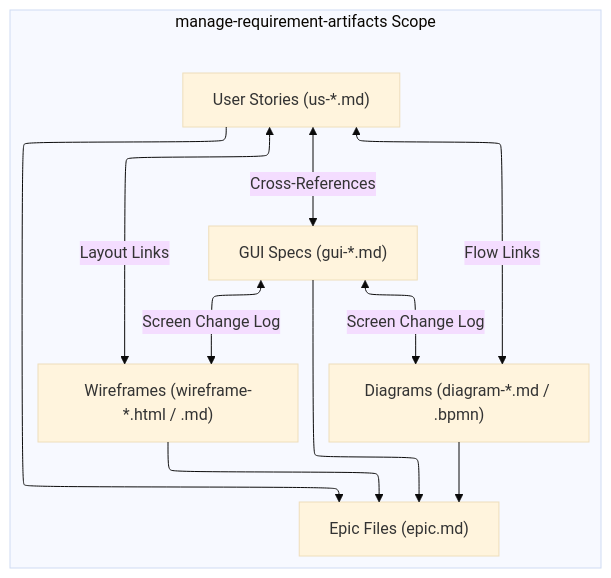
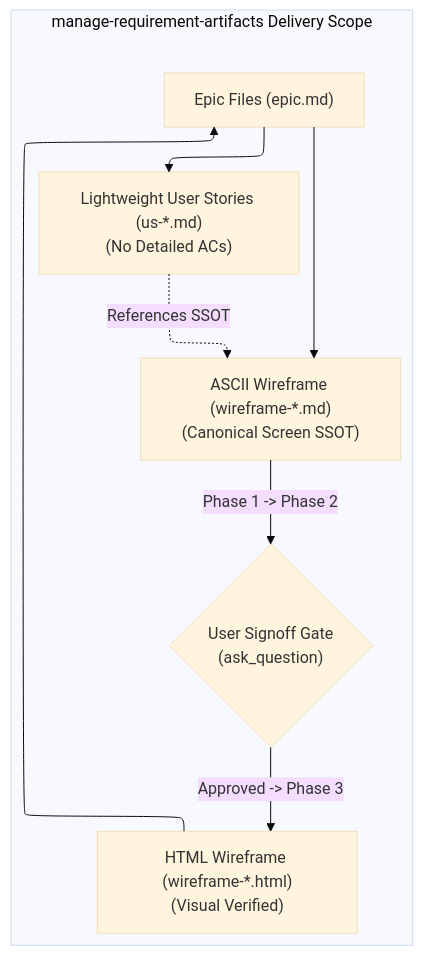
One commit to BruceNasher168/detective-wifey changed the diagram in .agents/skills/manage-requirement-artifacts/SKILL.md. Above: the diagram before and after it, drawn with Mermaid (base theme). The commit also changed other lines of this file and 295 other files, not shown here.

````diff
--- a/.agents/skills/manage-requirement-artifacts/SKILL.md
+++ b/.agents/skills/manage-requirement-artifacts/SKILL.md
@@ -20,16 +31,18 @@
 ```mermaid
 %%{init: {"flowchart": {"defaultRenderer": "elk"}}}%%
 flowchart TD
-    subgraph MRA_Scope ["manage-requirement-artifacts Scope"]
-        US["User Stories (us-*.md)"] <-->|"Cross-References"| GUI["GUI Specs (gui-*.md)"]
-        US <-->|"Flow Links"| DIAG_F["Diagrams (diagram-*.md / .bpmn)"]
-        US <-->|"Layout Links"| WF_F["Wireframes (wireframe-*.html / .md)"]
-        GUI <-->|"Screen Change Log"| DIAG_F
-        GUI <-->|"Screen Change Log"| WF_F
-        
-      US --> EPIC["Epic Files (epic.md)"]
-      GUI --> EPIC
-      DIAG_F --> EPIC
-      WF_F --> EPIC
+    subgraph MRA_Scope ["manage-requirement-artifacts Delivery Scope"]
+        EPIC["Epic Files (epic.md)"]
+        US["Lightweight User Stories (us-*.md)\n(No Detailed ACs)"]
+        ASCII_WF["ASCII Wireframe (wireframe-*.md)\n(Canonical Screen SSOT)"]
+        SIGNOFF{"User Signoff Gate\n(ask_question)"}
+        HTML_WF["HTML Wireframe (wireframe-*.html)\n(Visual Verified)"]
+
+        EPIC --> US
+        EPIC --> ASCII_WF
+        US -.->|"References SSOT"| ASCII_WF
+        ASCII_WF -->|"Phase 1 -> Phase 2"| SIGNOFF
+        SIGNOFF -->|"Approved -> Phase 3"| HTML_WF
+        HTML_WF --> EPIC
     end
 ```
````
